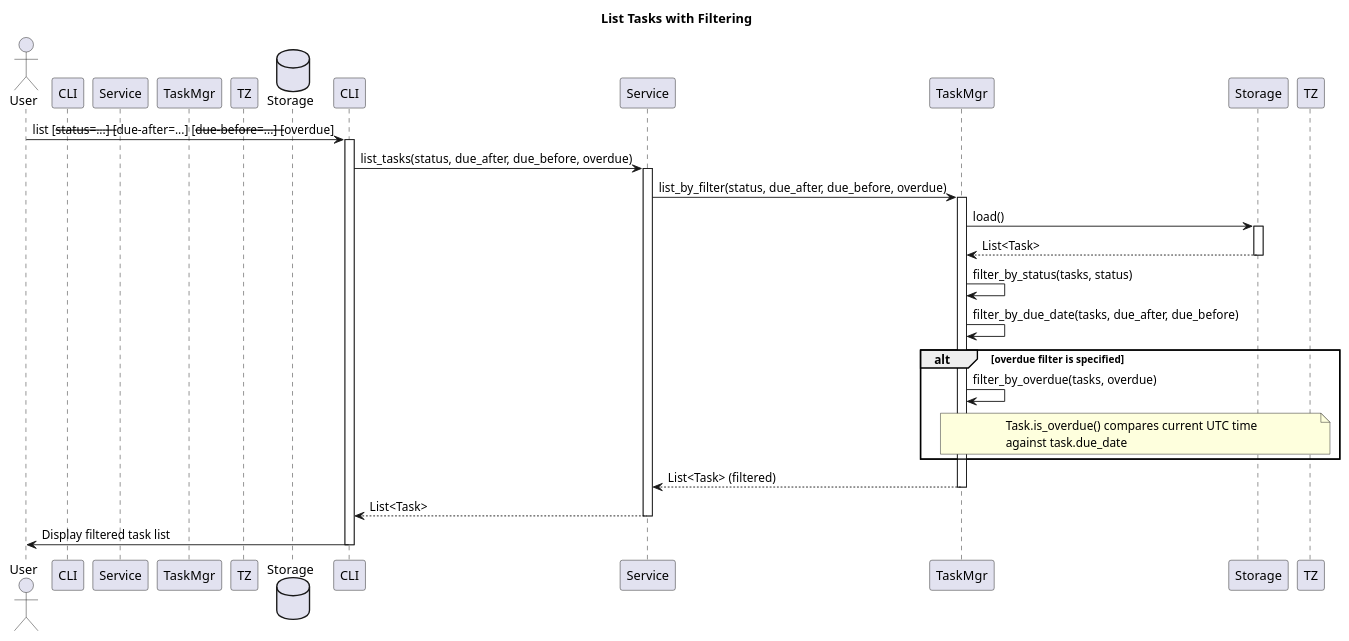
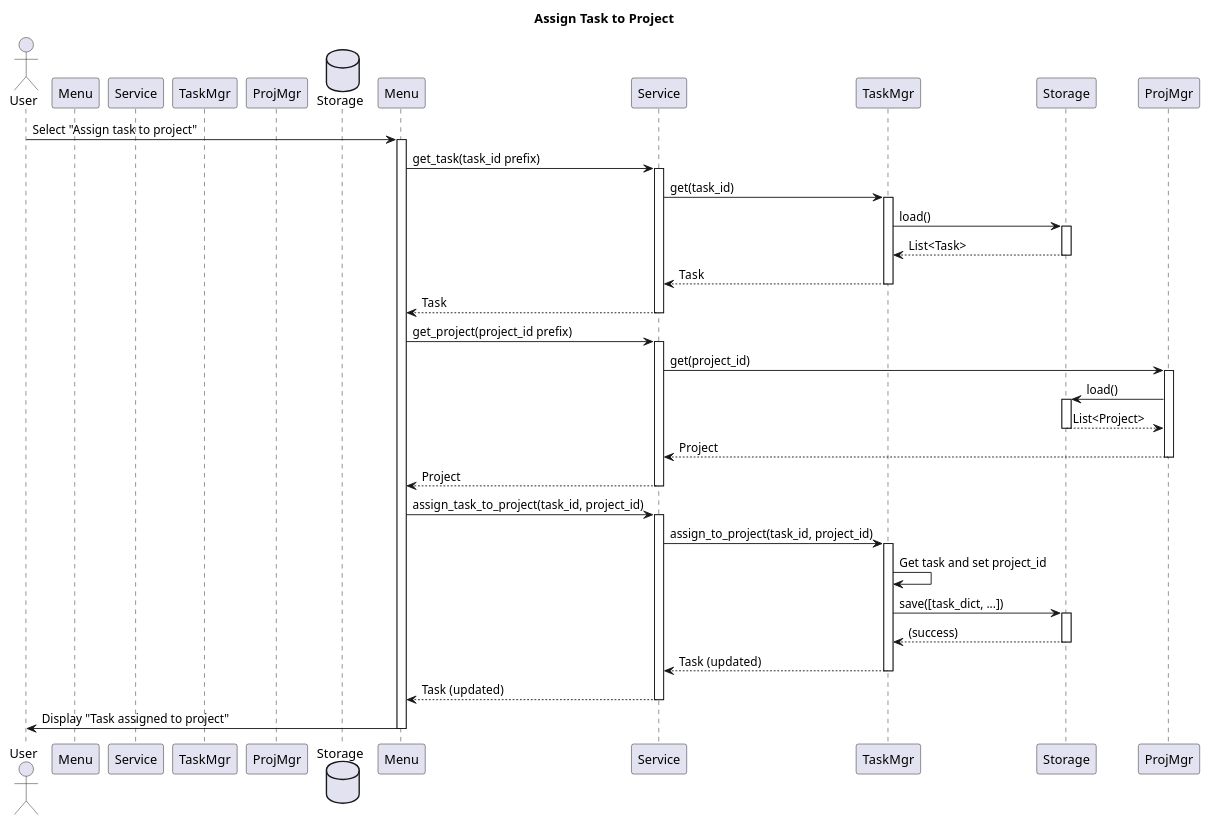
The diagram in experiments/pipeline/structured_text/TODO/artifacts/sequence_diagram.puml (DanielRiha8906/Software_autoevolution_using_agents), drawn with PlantUML before and after one commit. The commit also changed 20 other files, not shown here.

```diff
--- a/experiments/pipeline/structured_text/TODO/artifacts/sequence_diagram.puml
+++ b/experiments/pipeline/structured_text/TODO/artifacts/sequence_diagram.puml
@@ -1,44 +1,58 @@
 @startuml sequence_diagram
 
-title List Tasks with Filtering
+title Assign Task to Project
 
 actor User
-participant CLI as TodoCLI
+participant Menu as InteractiveMenu
 participant Service as TodoService
 participant TaskMgr as TaskManager
-participant TZ as TimezoneUtils
+participant ProjMgr as ProjectManager
 database Storage as JsonStorage
 
-User -> CLI: list [--status=...] [--due-after=...] [--due-before=...] [--overdue]
-activate CLI
-CLI -> Service: list_tasks(status, due_after, due_before, overdue)
+User -> Menu: Select "Assign task to project"
+activate Menu
+
+Menu -> Service: get_task(task_id prefix)
 activate Service
-Service -> TaskMgr: list_by_filter(status, due_after, due_before, overdue)
+Service -> TaskMgr: get(task_id)
 activate TaskMgr
-
 TaskMgr -> Storage: load()
 activate Storage
 Storage --> TaskMgr: List<Task>
 deactivate Storage
-
-TaskMgr -> TaskMgr: filter_by_status(tasks, status)
-TaskMgr -> TaskMgr: filter_by_due_date(tasks, due_after, due_before)
-
-alt overdue filter is specified
-  TaskMgr -> TaskMgr: filter_by_overdue(tasks, overdue)
-  note over TaskMgr, TZ
-    Task.is_overdue() compares current UTC time
-    against task.due_date
-  end note
-end
-
-TaskMgr --> Service: List<Task> (filtered)
+TaskMgr --> Service: Task
 deactivate TaskMgr
-
-Service --> CLI: List<Task>
+Service --> Menu: Task
 deactivate Service
 
-CLI -> User: Display filtered task list
-deactivate CLI
+Menu -> Service: get_project(project_id prefix)
+activate Service
+Service -> ProjMgr: get(project_id)
+activate ProjMgr
+ProjMgr -> Storage: load()
+activate Storage
+Storage --> ProjMgr: List<Project>
+deactivate Storage
+ProjMgr --> Service: Project
+deactivate ProjMgr
+Service --> Menu: Project
+deactivate Service
+
+Menu -> Service: assign_task_to_project(task_id, project_id)
+activate Service
+Service -> TaskMgr: assign_to_project(task_id, project_id)
+activate TaskMgr
+TaskMgr -> TaskMgr: Get task and set project_id
+TaskMgr -> Storage: save([task_dict, ...])
+activate Storage
+Storage --> TaskMgr: (success)
+deactivate Storage
+TaskMgr --> Service: Task (updated)
+deactivate TaskMgr
+Service --> Menu: Task (updated)
+deactivate Service
+
+Menu -> User: Display "Task assigned to project"
+deactivate Menu
 
 @enduml
```
